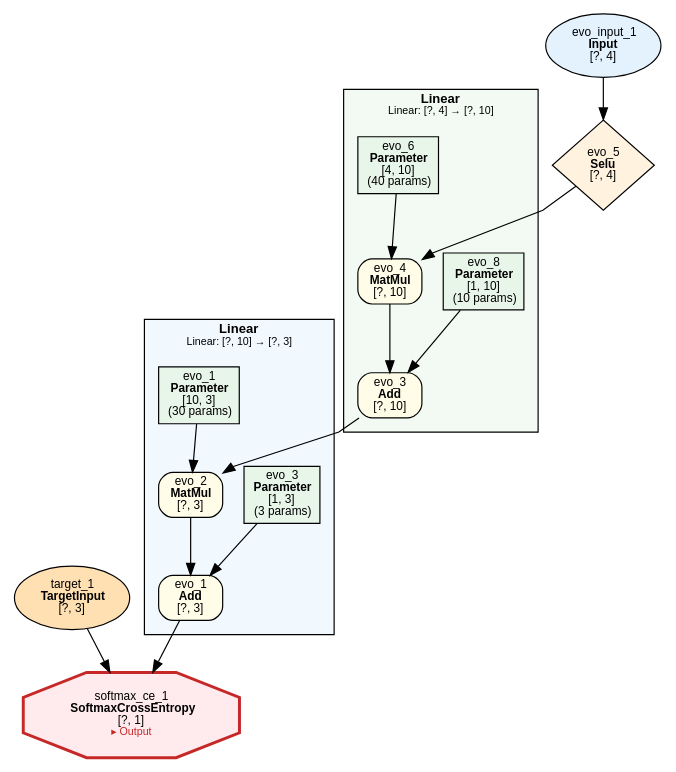
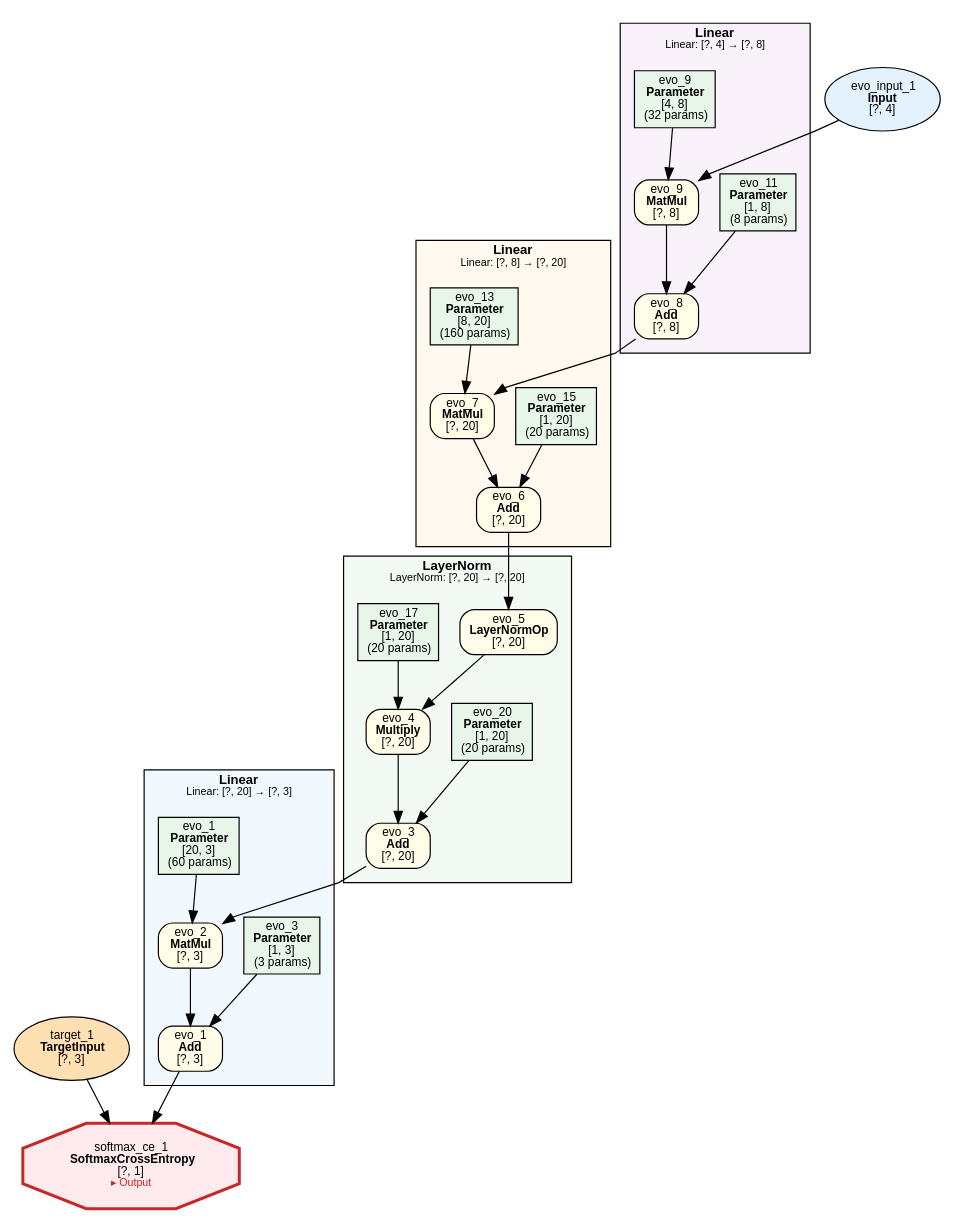
The diagram in examples/evolution/iris/evolution_iris.dot (dbsxdbsx/only_torch), drawn with Graphviz before and after one commit. The commit also changed 7 other files, not shown here.

```diff
--- a/examples/evolution/iris/evolution_iris.dot
+++ b/examples/evolution/iris/evolution_iris.dot
@@ -1,50 +1,84 @@
 digraph ComputeGraph {
     rankdir=TB;
     newrank=true;
     splines=polyline;
     node [fontname="Microsoft YaHei,SimHei,Arial"];
     edge [fontname="Microsoft YaHei,SimHei,Arial"];
 
     subgraph cluster_group_linear_0 {
-        label=<<B>Linear</B><BR/><FONT POINT-SIZE="9">Linear: [?, 10] → [?, 3]</FONT>>;
+        label=<<B>Linear</B><BR/><FONT POINT-SIZE="9">Linear: [?, 20] → [?, 3]</FONT>>;
         style=filled;
         fillcolor="#E3F2FD80";
         fontname="Microsoft YaHei,SimHei,Arial";
         fontsize=11;
         margin=12;
             "2" [label=<evo_1<BR/><B>Add</B><BR/>[?, 3]> shape=box style="filled,rounded" fillcolor="#FFFDE7" fontsize=10];
             "4" [label=<evo_2<BR/><B>MatMul</B><BR/>[?, 3]> shape=box style="filled,rounded" fillcolor="#FFFDE7" fontsize=10];
             "5" [label=<evo_3<BR/><B>Parameter</B><BR/>[1, 3]<BR/>(3 params)> shape=box style=filled fillcolor="#E8F5E9" fontsize=10];
-            "7" [label=<evo_1<BR/><B>Parameter</B><BR/>[10, 3]<BR/>(30 params)> shape=box style=filled fillcolor="#E8F5E9" fontsize=10];
+            "7" [label=<evo_1<BR/><B>Parameter</B><BR/>[20, 3]<BR/>(60 params)> shape=box style=filled fillcolor="#E8F5E9" fontsize=10];
     }
 
-    subgraph cluster_group_linear_1 {
-        label=<<B>Linear</B><BR/><FONT POINT-SIZE="9">Linear: [?, 4] → [?, 10]</FONT>>;
+    subgraph cluster_group_layernorm_3 {
+        label=<<B>LayerNorm</B><BR/><FONT POINT-SIZE="9">LayerNorm: [?, 20] → [?, 20]</FONT>>;
         style=filled;
         fillcolor="#E8F5E980";
         fontname="Microsoft YaHei,SimHei,Arial";
         fontsize=11;
         margin=12;
-            "6" [label=<evo_3<BR/><B>Add</B><BR/>[?, 10]> shape=box style="filled,rounded" fillcolor="#FFFDE7" fontsize=10];
-            "8" [label=<evo_4<BR/><B>MatMul</B><BR/>[?, 10]> shape=box style="filled,rounded" fillcolor="#FFFDE7" fontsize=10];
-            "9" [label=<evo_8<BR/><B>Parameter</B><BR/>[1, 10]<BR/>(10 params)> shape=box style=filled fillcolor="#E8F5E9" fontsize=10];
-            "11" [label=<evo_6<BR/><B>Parameter</B><BR/>[4, 10]<BR/>(40 params)> shape=box style=filled fillcolor="#E8F5E9" fontsize=10];
+            "6" [label=<evo_3<BR/><B>Add</B><BR/>[?, 20]> shape=box style="filled,rounded" fillcolor="#FFFDE7" fontsize=10];
+            "8" [label=<evo_4<BR/><B>Multiply</B><BR/>[?, 20]> shape=box style="filled,rounded" fillcolor="#FFFDE7" fontsize=10];
+            "9" [label=<evo_20<BR/><B>Parameter</B><BR/>[1, 20]<BR/>(20 params)> shape=box style=filled fillcolor="#E8F5E9" fontsize=10];
+            "10" [label=<evo_5<BR/><B>LayerNormOp</B><BR/>[?, 20]> shape=box style="filled,rounded" fillcolor="#FFFDE7" fontsize=10];
+            "11" [label=<evo_17<BR/><B>Parameter</B><BR/>[1, 20]<BR/>(20 params)> shape=box style=filled fillcolor="#E8F5E9" fontsize=10];
+    }
+
+    subgraph cluster_group_linear_2 {
+        label=<<B>Linear</B><BR/><FONT POINT-SIZE="9">Linear: [?, 8] → [?, 20]</FONT>>;
+        style=filled;
+        fillcolor="#FFF3E080";
+        fontname="Microsoft YaHei,SimHei,Arial";
+        fontsize=11;
+        margin=12;
+            "12" [label=<evo_6<BR/><B>Add</B><BR/>[?, 20]> shape=box style="filled,rounded" fillcolor="#FFFDE7" fontsize=10];
+            "13" [label=<evo_7<BR/><B>MatMul</B><BR/>[?, 20]> shape=box style="filled,rounded" fillcolor="#FFFDE7" fontsize=10];
+            "14" [label=<evo_15<BR/><B>Parameter</B><BR/>[1, 20]<BR/>(20 params)> shape=box style=filled fillcolor="#E8F5E9" fontsize=10];
+            "16" [label=<evo_13<BR/><B>Parameter</B><BR/>[8, 20]<BR/>(160 params)> shape=box style=filled fillcolor="#E8F5E9" fontsize=10];
+    }
+
+    subgraph cluster_group_linear_1 {
+        label=<<B>Linear</B><BR/><FONT POINT-SIZE="9">Linear: [?, 4] → [?, 8]</FONT>>;
+        style=filled;
+        fillcolor="#F3E5F580";
+        fontname="Microsoft YaHei,SimHei,Arial";
+        fontsize=11;
+        margin=12;
+            "15" [label=<evo_8<BR/><B>Add</B><BR/>[?, 8]> shape=box style="filled,rounded" fillcolor="#FFFDE7" fontsize=10];
+            "17" [label=<evo_9<BR/><B>MatMul</B><BR/>[?, 8]> shape=box style="filled,rounded" fillcolor="#FFFDE7" fontsize=10];
+            "18" [label=<evo_11<BR/><B>Parameter</B><BR/>[1, 8]<BR/>(8 params)> shape=box style=filled fillcolor="#E8F5E9" fontsize=10];
+            "20" [label=<evo_9<BR/><B>Parameter</B><BR/>[4, 8]<BR/>(32 params)> shape=box style=filled fillcolor="#E8F5E9" fontsize=10];
     }
 
     "1" [label=<softmax_ce_1<BR/><B>SoftmaxCrossEntropy</B><BR/>[?, 1]<BR/><FONT COLOR="#C62828" POINT-SIZE="9">▸ Output</FONT>> shape=octagon style=filled fillcolor="#FFEBEE" fontsize=10 penwidth=2.5 color="#C62828"];
     "3" [label=<target_1<BR/><B>TargetInput</B><BR/>[?, 3]> shape=ellipse style=filled fillcolor="#FFE0B2" fontsize=10];
-    "10" [label=<evo_5<BR/><B>Selu</B><BR/>[?, 4]> shape=diamond style=filled fillcolor="#FFF3E0" fontsize=10];
-    "12" [label=<evo_input_1<BR/><B>Input</B><BR/>[?, 4]> shape=ellipse style=filled fillcolor="#E3F2FD" fontsize=10];
+    "19" [label=<evo_input_1<BR/><B>Input</B><BR/>[?, 4]> shape=ellipse style=filled fillcolor="#E3F2FD" fontsize=10];
 
     "2" -> "1";
     "3" -> "1";
     "4" -> "2";
     "5" -> "2";
     "6" -> "4";
     "7" -> "4";
     "8" -> "6";
     "9" -> "6";
     "10" -> "8";
     "11" -> "8";
     "12" -> "10";
+    "13" -> "12";
+    "14" -> "12";
+    "15" -> "13";
+    "16" -> "13";
+    "17" -> "15";
+    "18" -> "15";
+    "19" -> "17";
+    "20" -> "17";
 }
```
